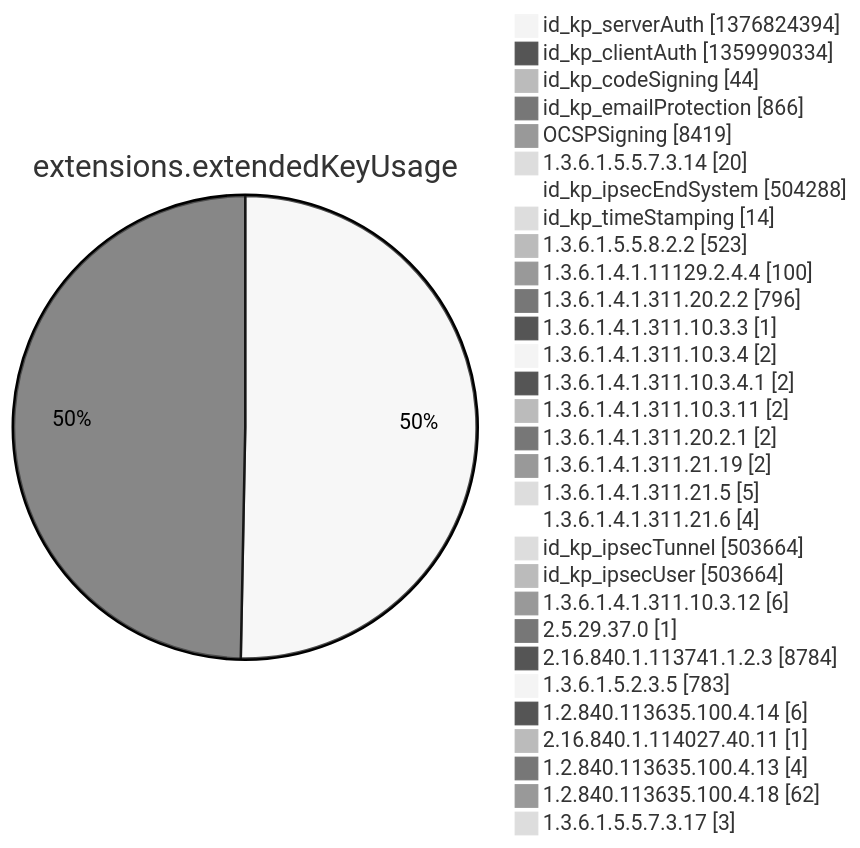
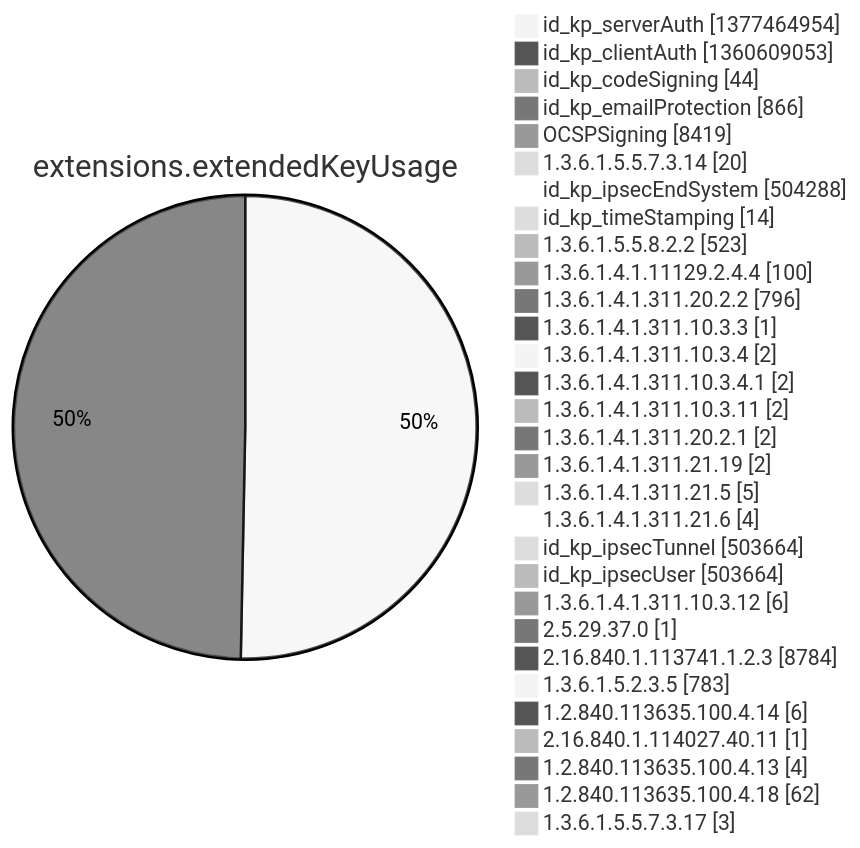
Diagram 12 of 15 in argon2022/README.md (christiankrug/ctmonitor_visualization), drawn with Mermaid (neutral theme) before and after one commit. The commit also changed other lines of this file, not shown here.

````diff
--- a/argon2022/README.md
+++ b/argon2022/README.md
@@ -3553,34 +3553,34 @@
 ```mermaid
 pie showData
 title extensions.extendedKeyUsage
-"id_kp_serverAuth" :1376824394
-"id_kp_clientAuth" :1359990334
+"id_kp_serverAuth" :1377464954
+"id_kp_clientAuth" :1360609053
 "id_kp_codeSigning" :44
 "id_kp_emailProtection" :866
 "OCSPSigning" :8419
 "1.3.6.1.5.5.7.3.14" :20
 "id_kp_ipsecEndSystem" :504288
 "id_kp_timeStamping" :14
 "1.3.6.1.5.5.8.2.2" :523
 "1.3.6.1.4.1.11129.2.4.4" :100
 "1.3.6.1.4.1.311.20.2.2" :796
 "1.3.6.1.4.1.311.10.3.3" :1
 "1.3.6.1.4.1.311.10.3.4" :2
 "1.3.6.1.4.1.311.10.3.4.1" :2
 "1.3.6.1.4.1.311.10.3.11" :2
 "1.3.6.1.4.1.311.20.2.1" :2
 "1.3.6.1.4.1.311.21.19" :2
 "1.3.6.1.4.1.311.21.5" :5
 "1.3.6.1.4.1.311.21.6" :4
 "id_kp_ipsecTunnel" :503664
 "id_kp_ipsecUser" :503664
 "1.3.6.1.4.1.311.10.3.12" :6
 "2.5.29.37.0" :1
 "2.16.840.1.113741.1.2.3" :8784
 "1.3.6.1.5.2.3.5" :783
 "1.2.840.113635.100.4.14" :6
 "2.16.840.1.114027.40.11" :1
 "1.2.840.113635.100.4.13" :4
 "1.2.840.113635.100.4.18" :62
 "1.3.6.1.5.5.7.3.17" :3
 ```
````
